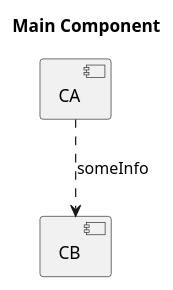
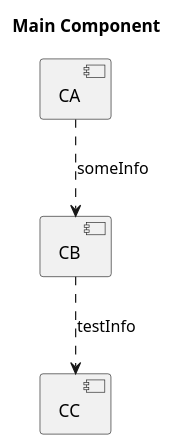
The diagram in src/main/mkdocs/docs/components/main/component.puml (jcwatts2/test-docs), drawn with PlantUML before and after one commit. The commit also changed 1 other file, not shown here.

Commit message:
Updated diagrams

```diff
--- a/src/main/mkdocs/docs/components/main/component.puml
+++ b/src/main/mkdocs/docs/components/main/component.puml
@@ -1,12 +1,13 @@
 @startuml
 
     title Main Component
 
 
     component CA
     component CB
+    component CC
 
     CA ..> CB : someInfo
-
+    CB ..> CC : testInfo
 
 @enduml
```
